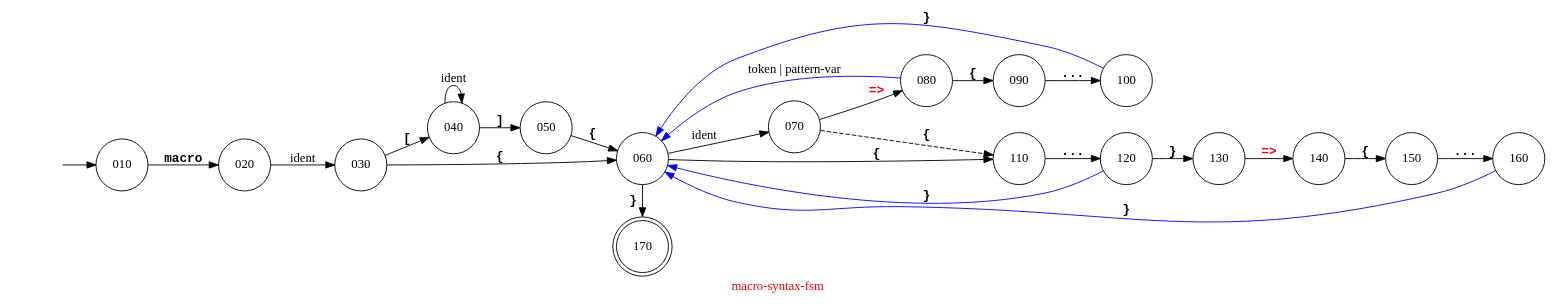
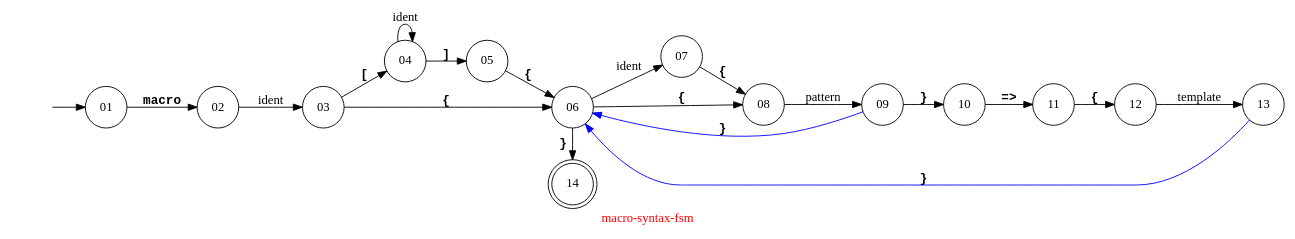
Before and after one commit to Ayyzee/dakota: the diagram in src/macro-system-parser/macro-syntax-fsm.dot, drawn with Graphviz.

Commit message:
Lots of improvements in the grammar. Also renumbered the nodes.

```diff
--- a/src/macro-system-parser/macro-syntax-fsm.dot
+++ b/src/macro-system-parser/macro-syntax-fsm.dot
@@ -1,63 +1,65 @@
 // Copyright (C) 2007 - 2015 Robert Nielsen <robert@dakota.org>
 //
 // Licensed under the Apache License, Version 2.0 (the "License");
 // you may not use this file except in compliance with the License.
 // You may obtain a copy of the License at
 //
 //      http://www.apache.org/licenses/LICENSE-2.0
 //
 // Unless required by applicable law or agreed to in writing, software
 // distributed under the License is distributed on an "AS IS" BASIS,
 // WITHOUT WARRANTIES OR CONDITIONS OF ANY KIND, either express or implied.
 // See the License for the specific language governing permissions and
 // limitations under the License.
 
 digraph "macro-syntax-fsm"
 {
   graph [ label = "\G", fontcolor = red ];
   graph [ rankdir = "LR",
           center = true,
           //size = "7.5,10",
           ];
 
   //node [ shape = circle, label = "", width = 0.25 ];
   // OR
   node [ shape = circle ];
 
   edge [ fontname = "courier" ];
 
-  000 [ style = invis ];
-  170 [ shape = doublecircle ];
+  00 [ style = invis ];
+  14 [ shape = doublecircle ];
 
-  000 -> 010;
-  010 -> 020 [ label = "macro", fontname = "courier-bold" ];
-  020 -> 030 [ label = "ident", fontname = "courier-italic" ];
-  030 -> 040 [ label = "[", fontname = "courier-bold" ];
-  030 -> 060 [ label = "{", fontname = "courier-bold" ];
-  040 -> 040 [ label = "ident", fontname = "courier-italic" ];
-  040 -> 050 [ label = "]", fontname = "courier-bold" ];
-  050 -> 060 [ label = "{", fontname = "courier-bold" ];
+  00 -> 01;
+  01 -> 02 [ label = "macro", fontname = "courier-bold" ];
+  02 -> 03 [ label = "ident", fontname = "courier-italic" ];
+  03 -> 04 [ label = "[", fontname = "courier-bold" ];
+  03 -> 06 [ label = "{", fontname = "courier-bold", weight = 3. ];
+  04 -> 04 [ label = "ident", fontname = "courier-italic" ];
+  04 -> 05 [ label = "]", fontname = "courier-bold" ];
+  05 -> 06 [ label = "{", fontname = "courier-bold" ];
 
-  060 -> 070 [ label = "ident", fontname = "courier-italic" ];
-  060 -> 110 [ label = "{", fontname = "courier-bold" ];
-  060 -> 170 [ label = "}", fontname = "courier-bold" ];
-  070 -> 080 [ label = "=>", fontname = "courier-bold", fontcolor = red ];
-  070 -> 110 [ label = "{", fontname = "courier-bold", style = dashed ];
-  080 -> 060 [ label = "token | pattern-var", fontname = "courier-italic", color = blue, weight = 0.0 ]; // back
+  06 -> 07 [ label = "ident", fontname = "courier-italic" ];
+  06 -> 08 [ label = "{", fontname = "courier-bold", weight = 3. ];
+  06 -> 14 [ label = "}", fontname = "courier-bold" ];
+  07 -> 08 [ label = "{", fontname = "courier-bold" ];
+  08 -> 09 [ label = "pattern", fontname = "courier-italic", weight = 3. ];
+  09 -> 10 [ label = "}", fontname = "courier-bold", weight = 3. ];
+  09 -> 06 [ label = "}", fontname = "courier-bold", color = blue, weight = 1. ]; // back
+  
+  10 -> 11 [ label = "=>", fontname = "courier-bold", weight = 3. ];
+  11 -> 12 [ label = "{", fontname = "courier-bold", weight = 3. ];
+  12 -> 13 [ label = "template", fontname = "courier-italic", weight = 3. ];
+  13 -> 06 [ label = "}", fontname = "courier-bold", color = blue, weight = 1. ]; // back
 
-  080 -> 090 [ label = "{", fontname = "courier-bold" ];
-  090 -> 100 [ label = "...", fontname = "courier-bold" ];
-  100 -> 060 [ label = "}", fontname = "courier-bold", color = blue, weight = 0.0 ]; // back
-  
-  110 -> 120 [ label = "...", fontname = "courier-bold" ];
-  120 -> 130 [ label = "}", fontname = "courier-bold" ];
-  120 -> 060 [ label = "}", fontname = "courier-bold", color = blue, weight = 0.0 ]; // back
-  
-  130 -> 140 [ label = "=>", fontname = "courier-bold", fontcolor = red ];
-  140 -> 150 [ label = "{", fontname = "courier-bold" ];
-  150 -> 160 [ label = "...", fontname = "courier-bold" ];
-  160 -> 060 [ label = "}", fontname = "courier-bold", color = blue, weight = 0.0 ]; // back
+  subgraph { graph [ rank = same ]; 06; 14; }
+}
+// named   pattern(s)  (macro m { p1 {}       {}       p2 {}       {}       ... })
+// unnamed pattern     (macro m {    {}       {}          {}       {}           })
+// named   rule set(s) (macro m { r1 {} => {} {} => {} r2 {} => {} {} => {} ... })
+// unnamed rule set    (macro m {    {} => {} {} => {}    {} => {} {} => {}     })
 
-  subgraph { graph [ rank = same ]; 060; 170; }
-  subgraph { graph [ rank = same ]; 090; 110; }
-}
+// one and only one unnamed rule set xor unnamed pattern (which is the macro entry point)
+
+// macro m              { klass-or-trait { klass }              { trait }          ... }
+// macro klass-or-trait {                { klass }              { trait }              }
+// macro klass-or-trait {                { klass } => { klass } { trait } => { trait } }
```
